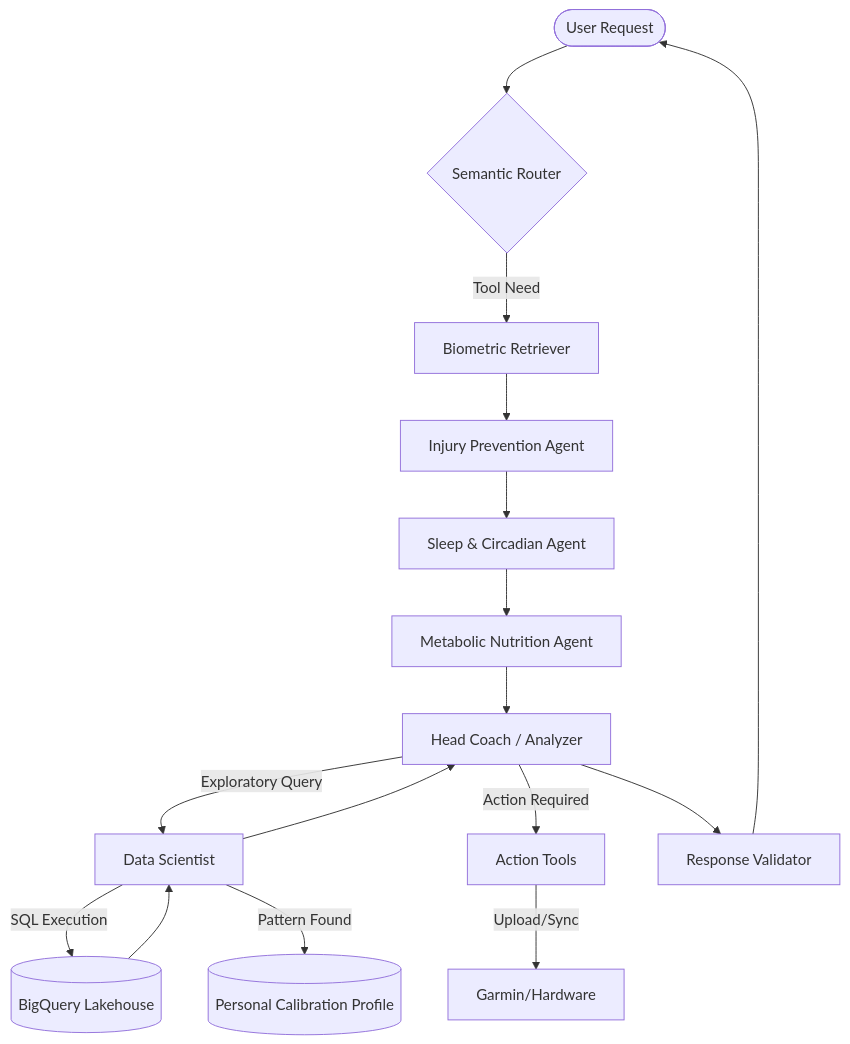
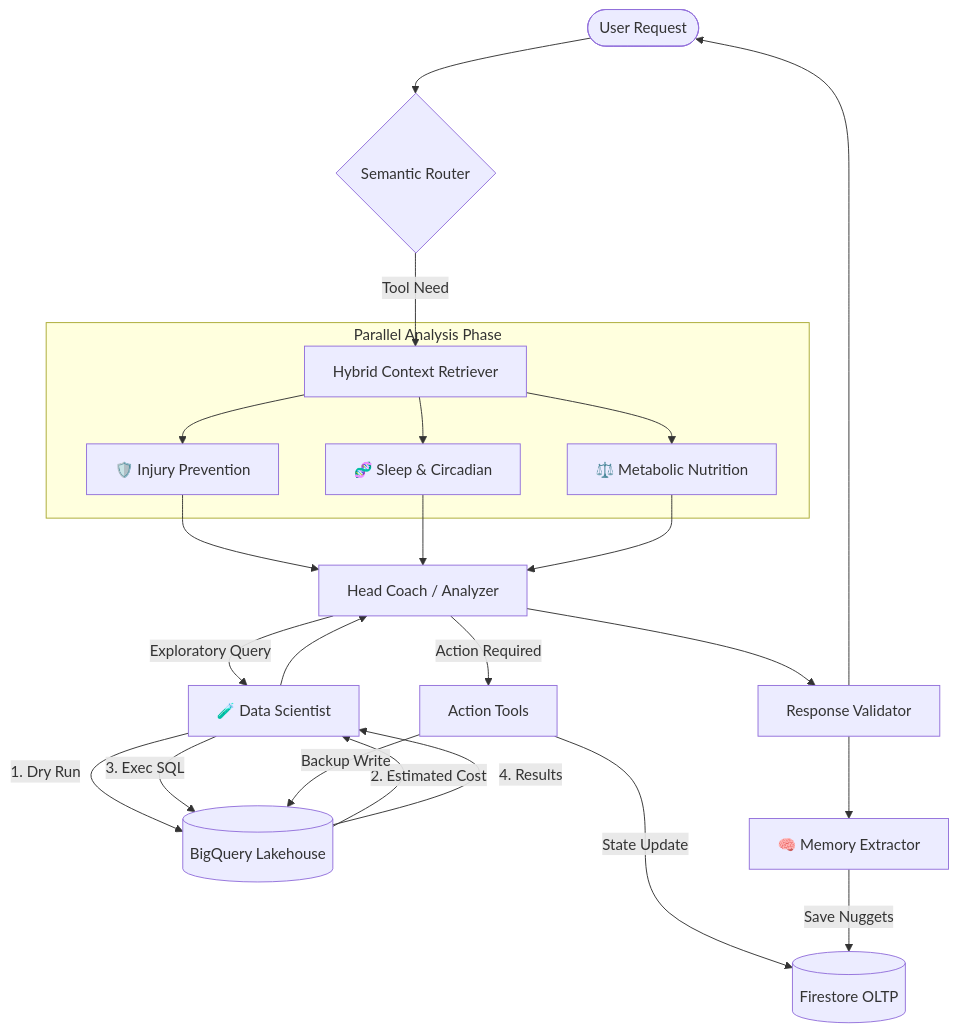
The diagram in docs/architecture-plan.md (restrok/biometric-ai-platform), drawn with Mermaid before and after one commit. The commit also changed other lines of this file and 5 other files, not shown here.

Commit message:
docs: repository-wide update for Phase 6 architecture, parallel flow & hybrid storage

````diff
--- a/docs/architecture-plan.md
+++ b/docs/architecture-plan.md
@@ -130,20 +142,31 @@
 ```mermaid
 graph TD
     User([User Request]) --> Router{Semantic Router}
-    Router -- Tool Need --> Retriever[Biometric Retriever]
-    Retriever --> Injury[Injury Prevention Agent]
-    Injury --> Sleep[Sleep & Circadian Agent]
-    Sleep --> Nutrition[Metabolic Nutrition Agent]
-    Nutrition --> Analyzer[Head Coach / Analyzer]
+    Router -- Tool Need --> Retriever[Hybrid Context Retriever]
     
-    Analyzer -- Exploratory Query --> DS[Data Scientist]
-    DS -- SQL Execution --> BQ[(BigQuery Lakehouse)]
-    BQ --> DS
-    DS -- Pattern Found --> PCP[(Personal Calibration Profile)]
+    subgraph Parallel Analysis Phase
+        Retriever --> Injury[🛡️ Injury Prevention]
+        Retriever --> Sleep[🧬 Sleep & Circadian]
+        Retriever --> Nutrition[⚖️ Metabolic Nutrition]
+    end
+    
+    Injury --> Analyzer[Head Coach / Analyzer]
+    Sleep --> Analyzer
+    Nutrition --> Analyzer
+    
+    Analyzer -- Exploratory Query --> DS[🧪 Data Scientist]
+    DS -- 1. Dry Run --> BQ[(BigQuery Lakehouse)]
+    BQ -- 2. Estimated Cost --> DS
+    DS -- 3. Exec SQL --> BQ
+    BQ -- 4. Results --> DS
     DS --> Analyzer
     
     Analyzer -- Action Required --> Tools[Action Tools]
-    Tools -- Upload/Sync --> Provider[Garmin/Hardware]
+    Tools -- State Update --> FS[(Firestore OLTP)]
+    Tools -- Backup Write --> BQ
+    
     Analyzer --> Validator[Response Validator]
+    Validator --> Extractor[🧠 Memory Extractor]
+    Extractor -- Save Nuggets --> FS
     Validator --> User
 ```
````
